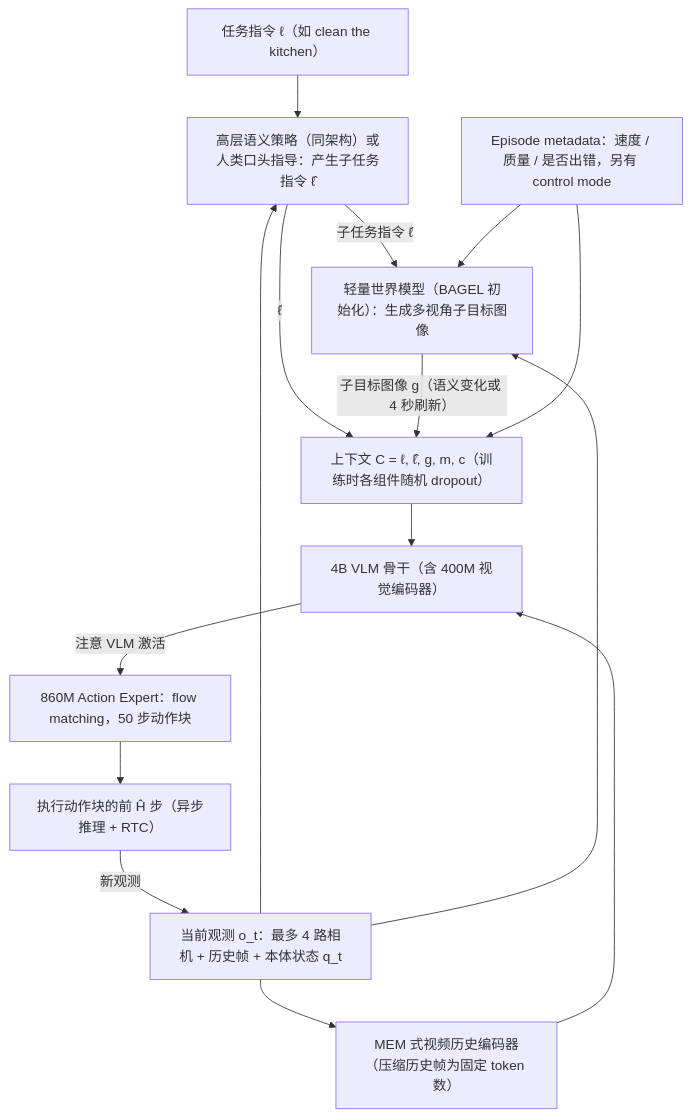
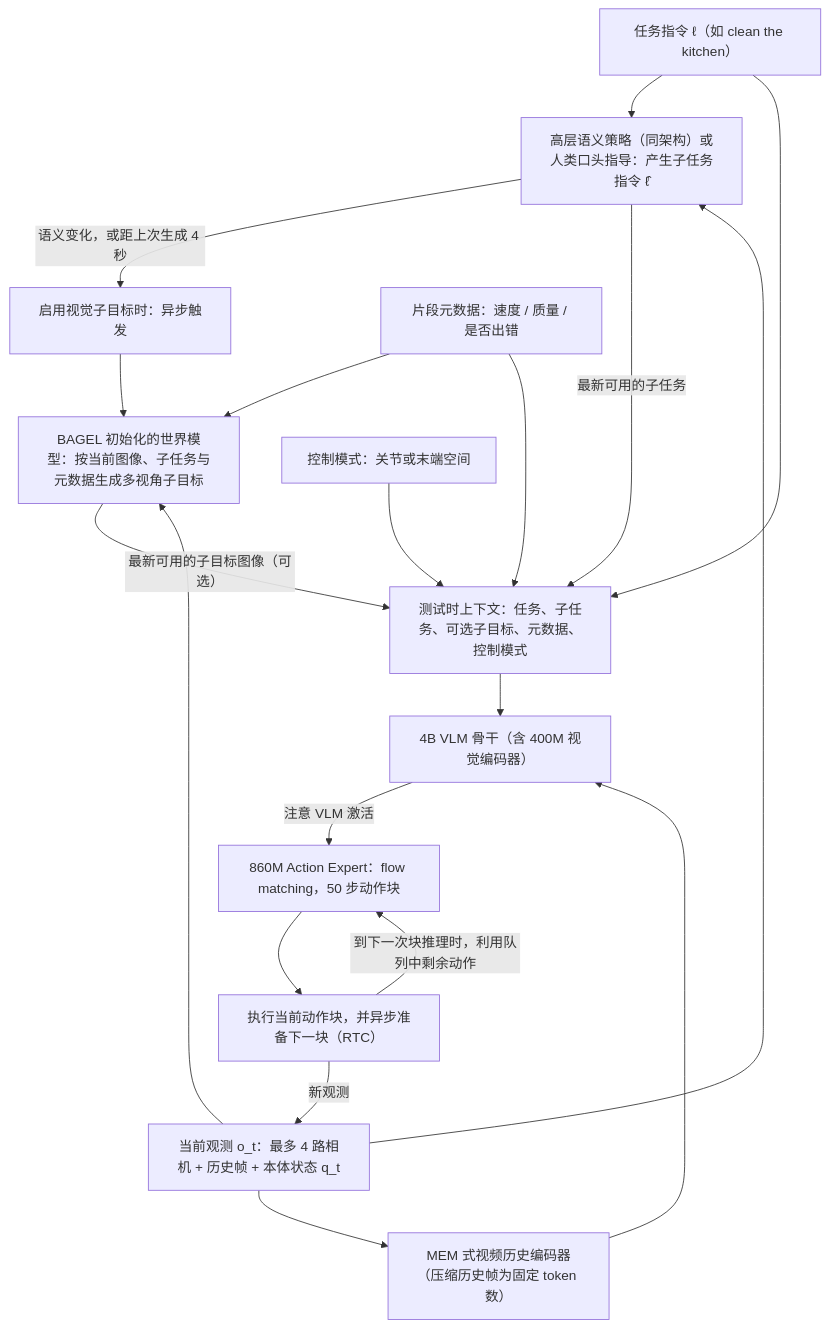
Before and after one commit to ImChong/Robotics_Notebooks: the diagram in wiki/entities/paper-rcl-2604-15483-0-7-a-steerable-generalist-robotic-foundation-mo.md, drawn with Mermaid. The commit also changed other lines of this file and 2 other files, not shown here.

Commit message:
docs(ingest): 核对 π0.7 官方 PDF 与异步推理流程

````diff
--- a/wiki/entities/paper-rcl-2604-15483-0-7-a-steerable-generalist-robotic-foundation-mo.md
+++ b/wiki/entities/paper-rcl-2604-15483-0-7-a-steerable-generalist-robotic-foundation-mo.md
@@ -65,17 +65,21 @@
 ```mermaid
 flowchart TD
     TASK["任务指令 ℓ（如 clean the kitchen）"] --> HLP["高层语义策略（同架构）或人类口头指导：产生子任务指令 ℓ̂"]
     OBS["当前观测 o_t：最多 4 路相机 + 历史帧 + 本体状态 q_t"] --> HLP
-    HLP -->|"子任务指令 ℓ̂"| WM["轻量世界模型（BAGEL 初始化）：生成多视角子目标图像"]
+    HLP -->|"语义变化，或距上次生成 4 秒"| TICK["启用视觉子目标时：异步触发"]
+    TICK --> WM["BAGEL 初始化的世界模型：按当前图像、子任务与元数据生成多视角子目标"]
     OBS --> WM
-    META["Episode metadata：速度 / 质量 / 是否出错，另有 control mode"] --> WM
-    HLP -->|"ℓ̂"| CTX
-    WM -->|"子目标图像 g（语义变化或 4 秒刷新）"| CTX["上下文 C = ℓ, ℓ̂, g, m, c（训练时各组件随机 dropout）"]
+    META["片段元数据：速度 / 质量 / 是否出错"] --> WM
+    HLP -->|"最新可用的子任务"| CTX
+    WM -->|"最新可用的子目标图像（可选）"| CTX["测试时上下文：任务、子任务、可选子目标、元数据、控制模式"]
+    TASK --> CTX
     META --> CTX
+    MODE["控制模式：关节或末端空间"] --> CTX
     OBS --> ENC["MEM 式视频历史编码器（压缩历史帧为固定 token 数）"]
     CTX --> VLM["4B VLM 骨干（含 400M 视觉编码器）"]
     ENC --> VLM
     VLM -->|"注意 VLM 激活"| AE["860M Action Expert：flow matching，50 步动作块"]
-    AE --> ACT["执行动作块的前 Ĥ 步（异步推理 + RTC）"]
+    AE --> ACT["执行当前动作块，并异步准备下一块（RTC）"]
+    ACT -->|"到下一次块推理时，利用队列中剩余动作"| AE
     ACT -->|"新观测"| OBS
 ```
````
